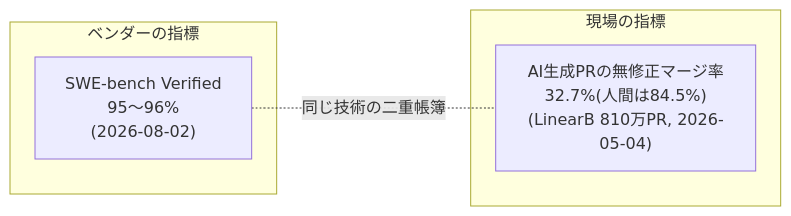
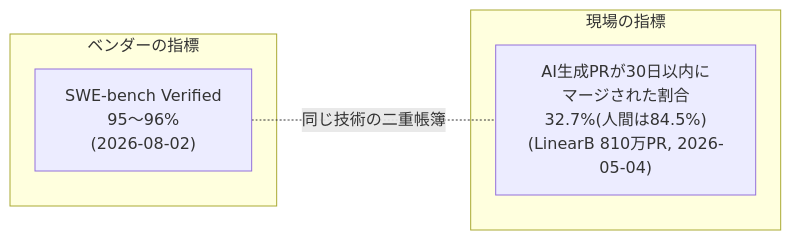
Before and after one commit to Takenori-Kusaka/process-compass: the diagram in src/content/docs/phase2-aidlc/agentic-development.md, drawn with Mermaid. The commit also changed other lines of this file and 31 other files, not shown here.

````diff
--- a/src/content/docs/phase2-aidlc/agentic-development.md
+++ b/src/content/docs/phase2-aidlc/agentic-development.md
@@ -105,10 +105,10 @@
 ```mermaid
 graph LR
   subgraph ベンダーの指標
     A["SWE-bench Verified<br>95〜96%<br>(2026-08-02)"]
   end
   subgraph 現場の指標
-    B["AI生成PRの無修正マージ率<br>32.7%(人間は84.5%)<br>(LinearB 810万PR, 2026-05-04)"]
+    B["AI生成PRが30日以内に<br>マージされた割合<br>32.7%(人間は84.5%)<br>(LinearB 810万PR, 2026-05-04)"]
   end
   A -.同じ技術の二重帳簿.- B
 ```
````
